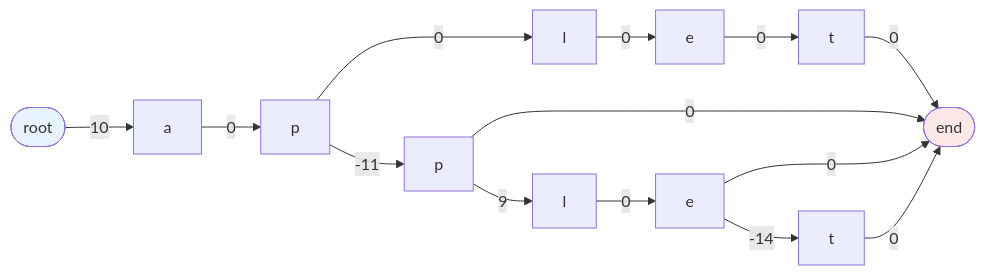
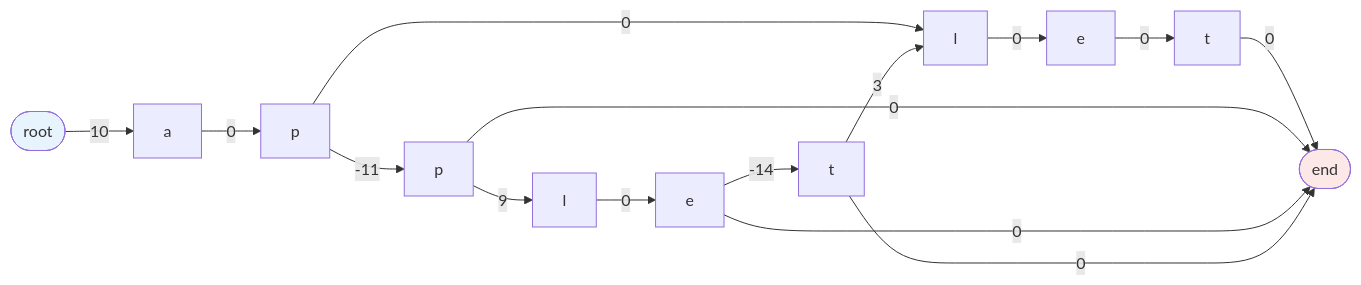
The first of 2 diagrams in README.md (NoobCoderGrowing/JFST), drawn with Mermaid before and after one commit. The commit also changed other lines of this file and 1 other file, not shown here.

````diff
--- a/README.md
+++ b/README.md
@@ -61,31 +61,32 @@
 ```mermaid
 flowchart LR
     ROOT(["root"])
     A["a"]
     P1["p"]
     L1["l"]
     E1["e"]
     T1["t"]
     P2["p"]
     L2["l"]
     E2["e"]
     T2["t"]
     END(["end"])
 
     ROOT -->|"10"| A
     A -->|"0"| P1
     P1 -->|"0"| L1
     L1 -->|"0"| E1
     E1 -->|"0"| T1
     T1 -->|"0"| END
     P1 -->|"-11"| P2
     P2 -->|"0"| END
     P2 -->|"9"| L2
     L2 -->|"0"| E2
     E2 -->|"0"| END
     E2 -->|"-14"| T2
     T2 -->|"0"| END
+    T2 -->|"3"| L1
 
     style ROOT fill:#e8f4fd
     style END fill:#fde8e8
 ```
````
